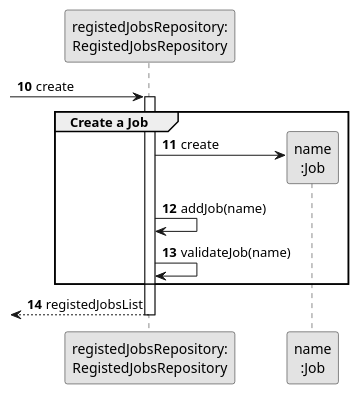
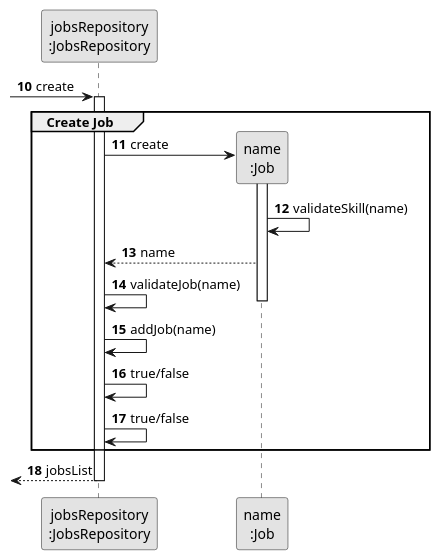
The diagram in docs/sprint2/us002/03.design/puml/us002-sequence-diagram-partial-create-job.puml (1231360-ISEP/lei-24-s2-1db-g021), drawn with PlantUML before and after one commit. The commit also changed 9 other files, not shown here.

Commit message:
US2 - update partials sequece diagrams

```diff
--- a/docs/sprint2/us002/03.design/puml/us002-sequence-diagram-partial-create-job.puml
+++ b/docs/sprint2/us002/03.design/puml/us002-sequence-diagram-partial-create-job.puml
@@ -1,27 +1,33 @@
 @startuml
 skinparam monochrome true
 skinparam packageStyle rectangle
 skinparam shadowing false
 
-participant "registedJobsRepository:\nRegistedJobsRepository" as RegistedJobsRepository
+participant "jobsRepository\n:JobsRepository" as JobsRepository
 participant "name\n:Job" as PROFISSAO
 
 autonumber 10
--> RegistedJobsRepository: create
-activate RegistedJobsRepository
+-> JobsRepository: create
 
-    group Create a Job
+activate JobsRepository
+    group Create Job
 
-        RegistedJobsRepository -> PROFISSAO**: create
-        RegistedJobsRepository -> RegistedJobsRepository: addJob(name)
+        JobsRepository -> PROFISSAO**: create
+                activate PROFISSAO
 
-            RegistedJobsRepository -> RegistedJobsRepository: validateJob(name)
+                PROFISSAO -> PROFISSAO: validateSkill(name)
+
+                PROFISSAO --> JobsRepository : name
+                JobsRepository -> JobsRepository: validateJob(name)
+                deactivate PROFISSAO
+                JobsRepository -> JobsRepository: addJob(name)
+                JobsRepository -> JobsRepository: true/false
+                JobsRepository -> JobsRepository: true/false
 
     end
 
-    <-- RegistedJobsRepository : registedJobsList
+    <-- JobsRepository : jobsList
 
-deactivate RegistedJobsRepository
-
+deactivate JobsRepository
 
 @enduml
```
